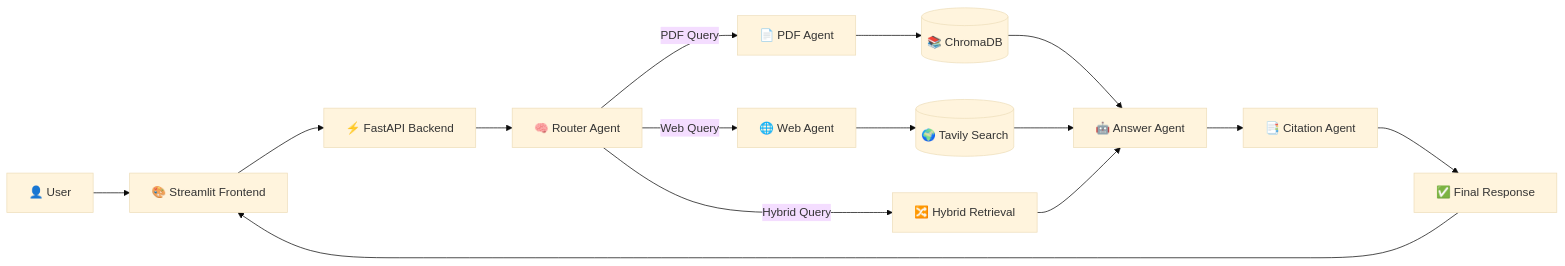
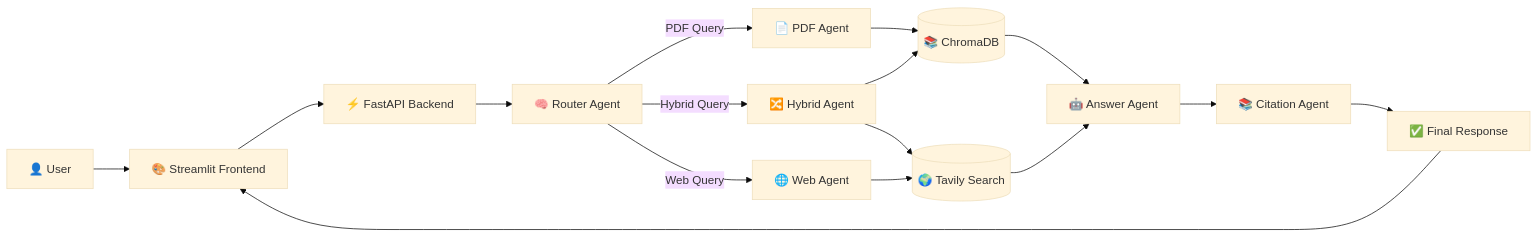
Before and after one commit to shubhamm-27/OmniResearchAI: the first of 3 diagrams in README.md, drawn with Mermaid (base theme). The commit also changed other lines of this file, not shown here.

````diff
--- a/README.md
+++ b/README.md
@@ -93,33 +96,34 @@
 ```mermaid
 flowchart LR
 
 A[👤 User]
 
 A --> B[🎨 Streamlit Frontend]
 
 B --> C[⚡ FastAPI Backend]
 
 C --> D[🧠 Router Agent]
 
 D -->|PDF Query| E[📄 PDF Agent]
 
+D -->|Hybrid Query| G[🔀 Hybrid Agent]
+
 D -->|Web Query| F[🌐 Web Agent]
-
-D -->|Hybrid Query| G[🔀 Hybrid Retrieval]
 
 E --> H[(📚 ChromaDB)]
 
 F --> I[(🌍 Tavily Search)]
 
+G --> H
+G --> I
+
 H --> J[🤖 Answer Agent]
 
 I --> J
 
-G --> J
-
-J --> K[📑 Citation Agent]
+J --> K[📚 Citation Agent]
 
 K --> L[✅ Final Response]
 
 L --> B
 ```
````
